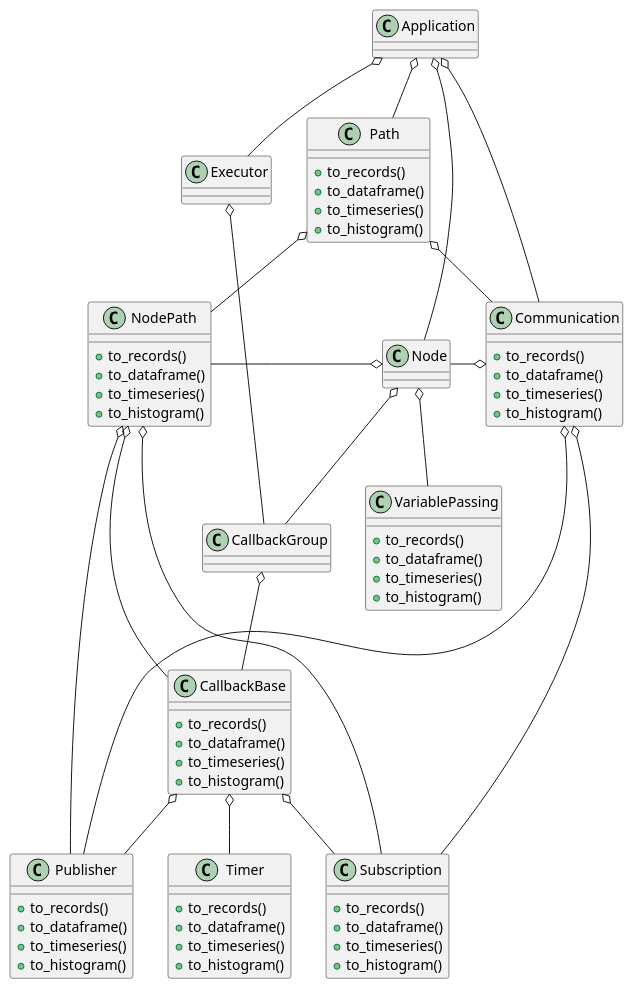
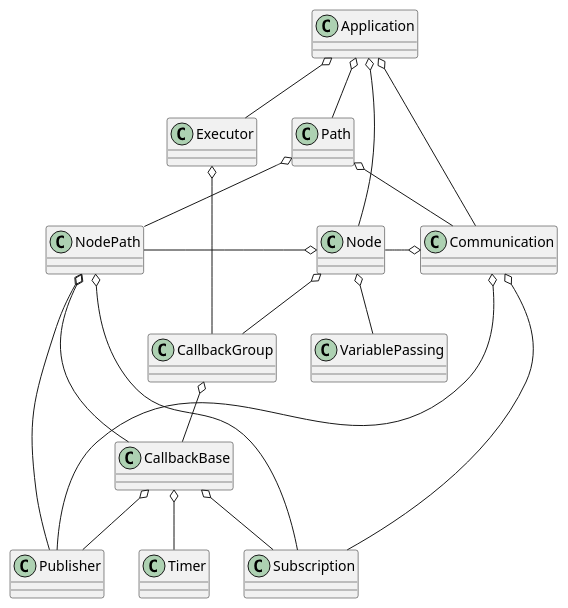
The third of 3 diagrams in docs/design/software_architecture/caret_analyze.md (hsgwa/CARET_doc), drawn with PlantUML before and after one commit. The commit also changed other lines of this file and 19 other files, not shown here.

````diff
--- a/docs/design/software_architecture/caret_analyze.md
+++ b/docs/design/software_architecture/caret_analyze.md
@@ -148,70 +140,17 @@
 ```plantuml
 
-class Application {
-}
-
-
-class CallbackBase {
-    + to_records()
-    + to_dataframe()
-    + to_timeseries()
-    + to_histogram()
-
-}
-class Node {
-}
-class Publisher {
-    + to_records()
-    + to_dataframe()
-    + to_timeseries()
-    + to_histogram()
-}
-class Subscription {
-    + to_records()
-    + to_dataframe()
-    + to_timeseries()
-    + to_histogram()
-}
-class Executor {
-}
-
-class Timer {
-    + to_records()
-    + to_dataframe()
-    + to_timeseries()
-    + to_histogram()
-}
-
-class CallbackGroup {
-}
-
-class Communication {
-    + to_records()
-    + to_dataframe()
-    + to_timeseries()
-    + to_histogram()
-}
-
-class Path {
-    + to_records()
-    + to_dataframe()
-    + to_timeseries()
-    + to_histogram()
-}
-
-class NodePath {
-    + to_records()
-    + to_dataframe()
-    + to_timeseries()
-    + to_histogram()
-}
-class VariablePassing {
-    + to_records()
-    + to_dataframe()
-    + to_timeseries()
-    + to_histogram()
-}
-
+class Application { }
+class CallbackBase { }
+class Node { }
+class Publisher { }
+class Subscription { }
+class Executor { }
+class Timer { }
+class CallbackGroup { }
+class Communication { }
+class Path { }
+class NodePath { }
+class VariablePassing { }
 
 Application o-- Node
 Application o-- Communication
````
